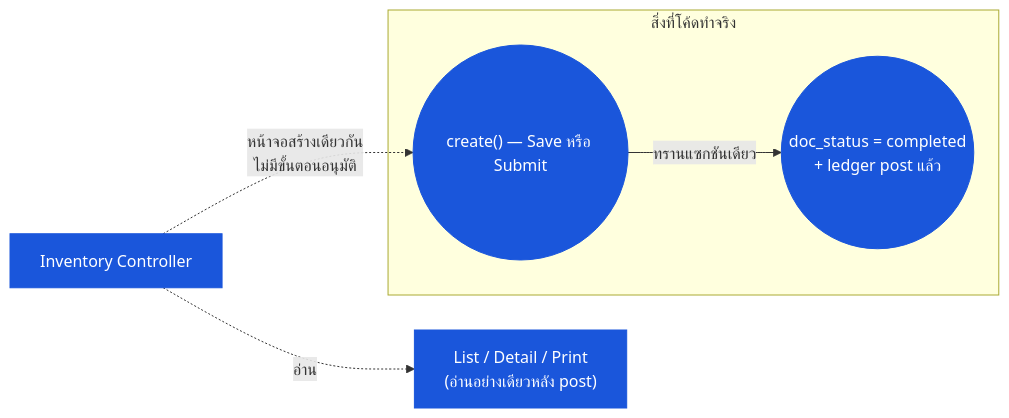
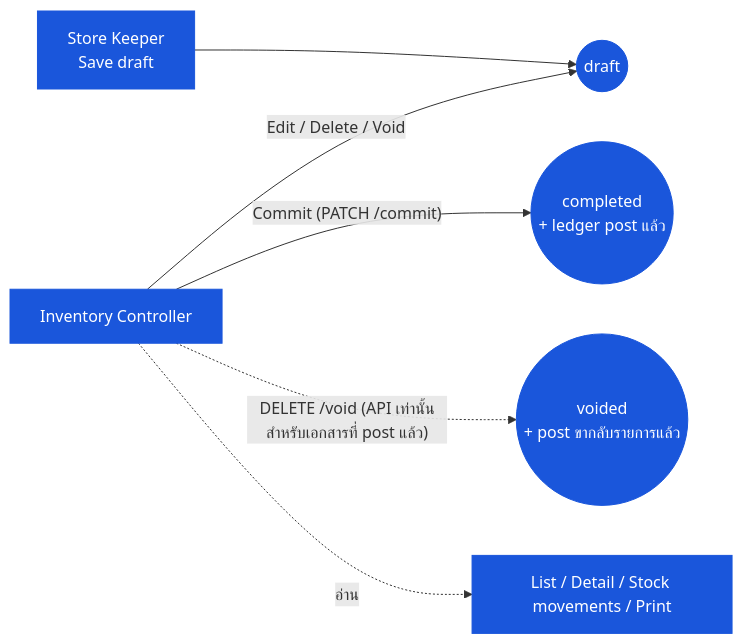
The diagram in th/inventory/inventory-adjustment/03-user-flow-inventory-controller.md (CarmenSoftware-organization/carmen-wiki), drawn with Mermaid before and after one commit. The commit also changed other lines of this file and 31 other files, not shown here.

````diff
--- a/th/inventory/inventory-adjustment/03-user-flow-inventory-controller.md
+++ b/th/inventory/inventory-adjustment/03-user-flow-inventory-controller.md
@@ -19,9 +19,9 @@
 ```mermaid
 graph LR
-    subgraph reality["สิ่งที่โค้ดทำจริง"]
-        create(("create() — Save หรือ Submit")):::current -->|"ทรานแซกชันเดียว"| posted(("doc_status = completed\n+ ledger post แล้ว")):::current
-    end
-    ic["Inventory Controller"]:::current -.->|"หน้าจอสร้างเดียวกัน\nไม่มีขั้นตอนอนุมัติ"| create
-    ic -.->|"อ่าน"| list["List / Detail / Print\n(อ่านอย่างเดียวหลัง post)"]:::current
+    sk["Store Keeper\nSave draft"]:::current --> draft(("draft")):::current
+    ic["Inventory Controller"]:::current -->|"Edit / Delete / Void"| draft
+    ic -->|"Commit (PATCH /commit)"| posted(("completed\n+ ledger post แล้ว")):::current
+    ic -.->|"DELETE /void (API เท่านั้นสำหรับเอกสารที่ post แล้ว)"| voided(("voided\n+ post ขากลับรายการแล้ว")):::current
+    ic -.->|"อ่าน"| views["List / Detail / Stock movements / Print"]:::current
     classDef current fill:#1a56db,color:#fff,stroke:#1a56db;
 ```
````
